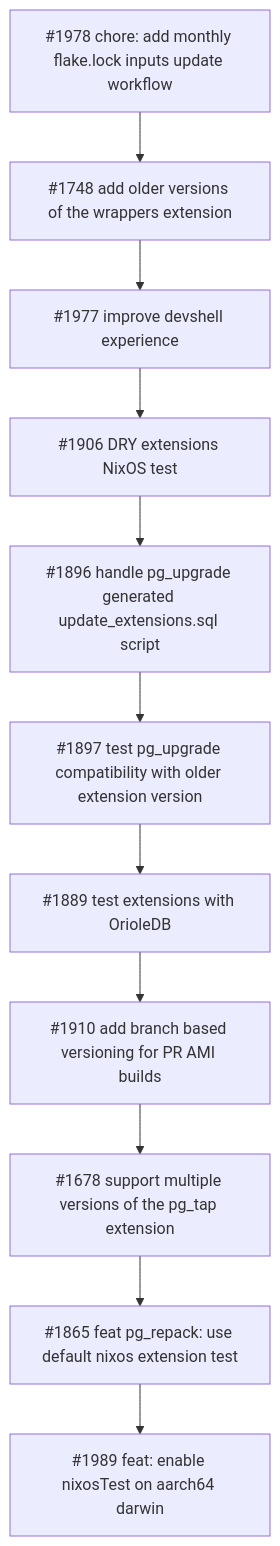
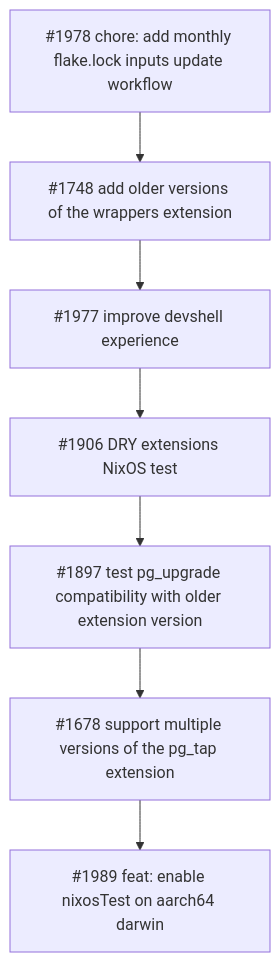
One commit to supabase/postgres changed the second of 3 diagrams in nix/docs/ROADMAP.md. Above: the diagram before and after it, drawn with Mermaid. The commit also changed other lines of this file, not shown here.

Commit message:
Update roadmap with closed PR

````diff
--- a/nix/docs/ROADMAP.md
+++ b/nix/docs/ROADMAP.md
@@ -75,36 +54,26 @@
 ```mermaid
 graph TD
     %% nixpkgs update
 
     %% testing
     1906[#1906 DRY extensions NixOS test]
-    1896[#1896 handle pg_upgrade generated update_extensions.sql script]
     1897[#1897 test pg_upgrade compatibility with older extension version]
-    1889[#1889 test extensions with OrioleDB]
-    1865[#1865 feat pg_repack: use default nixos extension test]
     1977[#1977 improve devshell experience]
     1978[#1978 chore: add monthly flake.lock inputs update workflow]
     1989[#1989 feat: enable nixosTest on aarch64 darwin]
 
     click 1906 "https://github.com/supabase/postgres/pull/1906" "Open PR #1906"
-    click 1896 "https://github.com/supabase/postgres/pull/1896" "Open PR #1896"
     click 1897 "https://github.com/supabase/postgres/pull/1897" "Open PR #1897"
-    click 1889 "https://github.com/supabase/postgres/pull/1889" "Open PR #1889"
-    click 1865 "https://github.com/supabase/postgres/pull/1865" "Open PR #1865"
     click 1977 "https://github.com/supabase/postgres/pull/1977" "Open PR #1877"
     click 1978 "https://github.com/supabase/postgres/pull/1978" "Open PR #1978"
-    click 1989 "https://github.com/supabase/postgres/pull/1889" "Open PR #1989"
+    click 1989 "https://github.com/supabase/postgres/pull/1989" "Open PR #1989"
 
     %% multi-versions
     1748[#1748 add older versions of the wrappers extension]
     1678[#1678 support multiple versions of the pg_tap extension]
 
     click 1748 "https://github.com/supabase/postgres/pull/1748" "Open PR #1748"
     click 1678 "https://github.com/supabase/postgres/pull/1678" "Open PR #1678"
 
-    %% gh workflow
-    1910[#1910 add branch based versioning for PR AMI builds]
-    click 1910 "https://github.com/supabase/postgres/pull/1910" "Open PR #1910"
-
-    1978 --> 1748 --> 1977 --> 1906 --> 1896 --> 1897 --> 1889 --> 1910 --> 1678 --> 1865 --> 1989
+    1978 --> 1748 --> 1977 --> 1906 --> 1897 --> 1678 --> 1989
 ```
````
